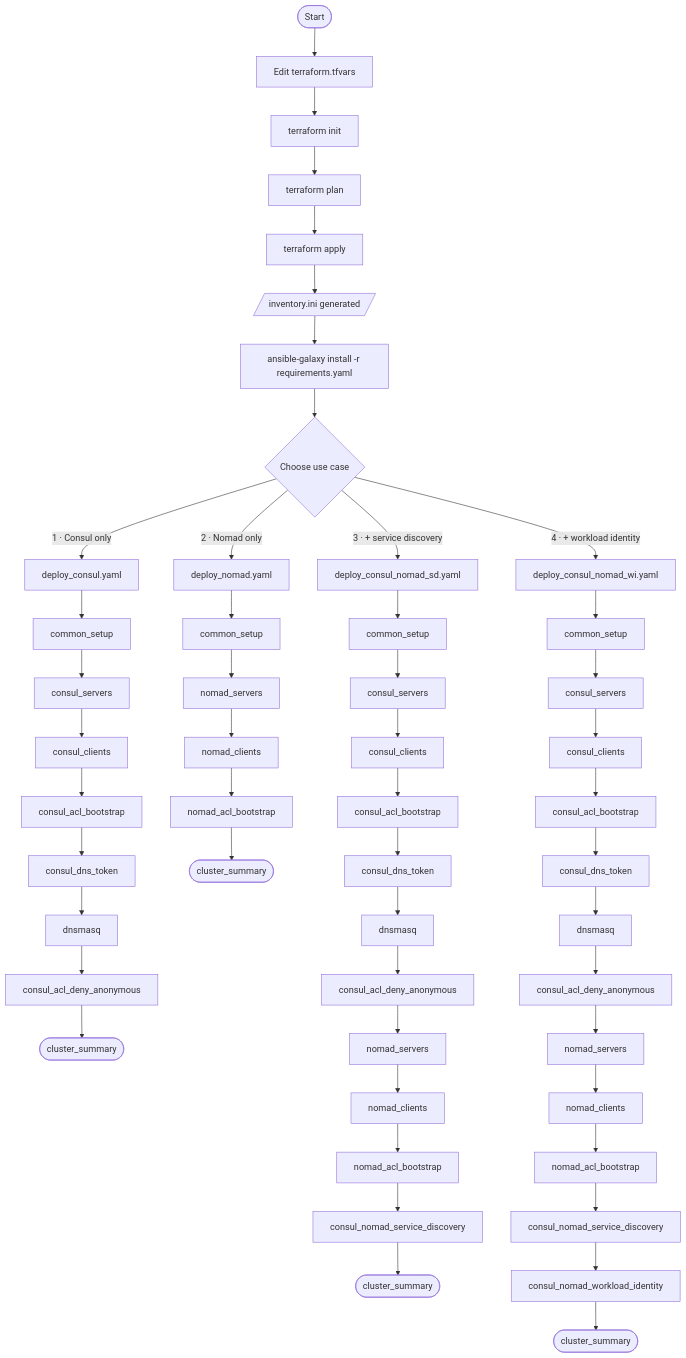
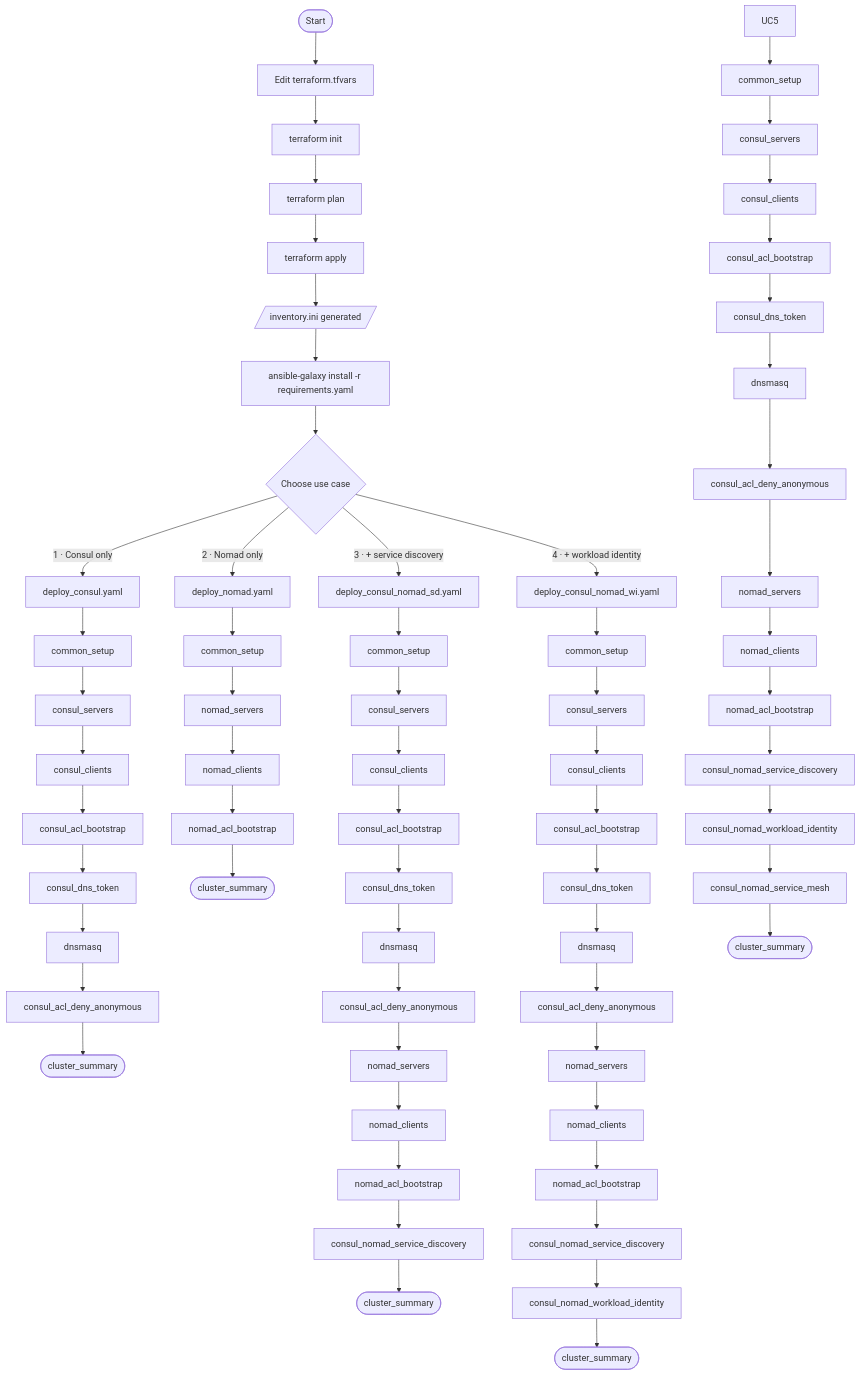
The diagram in DEPLOY_CLUSTER_GUIDE.md (hashicorp-education/nomad-infrastructure), drawn with Mermaid before and after one commit. The commit also changed other lines of this file and 3 other files, not shown here.

Commit message:
HashiCups service mesh works

````diff
--- a/DEPLOY_CLUSTER_GUIDE.md
+++ b/DEPLOY_CLUSTER_GUIDE.md
@@ -12,57 +12,72 @@
 ```mermaid
 flowchart TD
     START([Start]) --> TF1[Edit terraform.tfvars]
     TF1 --> TF2[terraform init]
     TF2 --> TF3[terraform plan]
     TF3 --> TF4[terraform apply]
     TF4 --> INV[/inventory.ini generated/]
     INV --> DEPS[ansible-galaxy install -r requirements.yaml]
     DEPS --> PICK{Choose use case}
 
     PICK -->|"1 · Consul only"| UC1[deploy_consul.yaml]
     PICK -->|"2 · Nomad only"| UC2[deploy_nomad.yaml]
     PICK -->|"3 · + service discovery"| UC3[deploy_consul_nomad_sd.yaml]
     PICK -->|"4 · + workload identity"| UC4[deploy_consul_nomad_wi.yaml]
 
     UC1 --> P1A[common_setup]
     P1A --> P1B[consul_servers]
     P1B --> P1C[consul_clients]
     P1C --> P1D[consul_acl_bootstrap]
     P1D --> P1E[consul_dns_token]
     P1E --> P1F[dnsmasq]
     P1F --> P1G[consul_acl_deny_anonymous]
     P1G --> P1Z([cluster_summary])
 
     UC2 --> P2A[common_setup]
     P2A --> P2B[nomad_servers]
     P2B --> P2C[nomad_clients]
     P2C --> P2D[nomad_acl_bootstrap]
     P2D --> P2Z([cluster_summary])
 
     UC3 --> P3A[common_setup]
     P3A --> P3B[consul_servers]
     P3B --> P3C[consul_clients]
     P3C --> P3D[consul_acl_bootstrap]
     P3D --> P3E[consul_dns_token]
     P3E --> P3F[dnsmasq]
     P3F --> P3G[consul_acl_deny_anonymous]
     P3G --> P3H[nomad_servers]
     P3H --> P3I[nomad_clients]
     P3I --> P3J[nomad_acl_bootstrap]
     P3J --> P3K[consul_nomad_service_discovery]
     P3K --> P3Z([cluster_summary])
 
     UC4 --> P4A[common_setup]
     P4A --> P4B[consul_servers]
     P4B --> P4C[consul_clients]
     P4C --> P4D[consul_acl_bootstrap]
     P4D --> P4E[consul_dns_token]
     P4E --> P4F[dnsmasq]
     P4F --> P4G[consul_acl_deny_anonymous]
     P4G --> P4H[nomad_servers]
     P4H --> P4I[nomad_clients]
     P4I --> P4J[nomad_acl_bootstrap]
     P4J --> P4K[consul_nomad_service_discovery]
     P4K --> P4L[consul_nomad_workload_identity]
     P4L --> P4Z([cluster_summary])
+
+    UC5 --> P5A[common_setup]
+    P5A --> P5B[consul_servers]
+    P5B --> P5C[consul_clients]
+    P5C --> P5D[consul_acl_bootstrap]
+    P5D --> P5E[consul_dns_token]
+    P5E --> P5F[dnsmasq]
+    P5F --> P5G[consul_acl_deny_anonymous]
+    P5G --> P5H[nomad_servers]
+    P5H --> P5I[nomad_clients]
+    P5I --> P5J[nomad_acl_bootstrap]
+    P5J --> P5K[consul_nomad_service_discovery]
+    P5K --> P5L[consul_nomad_workload_identity]
+    P5L --> P5M[consul_nomad_service_mesh]
+    P5M --> P5Z([cluster_summary])
 ```
````
